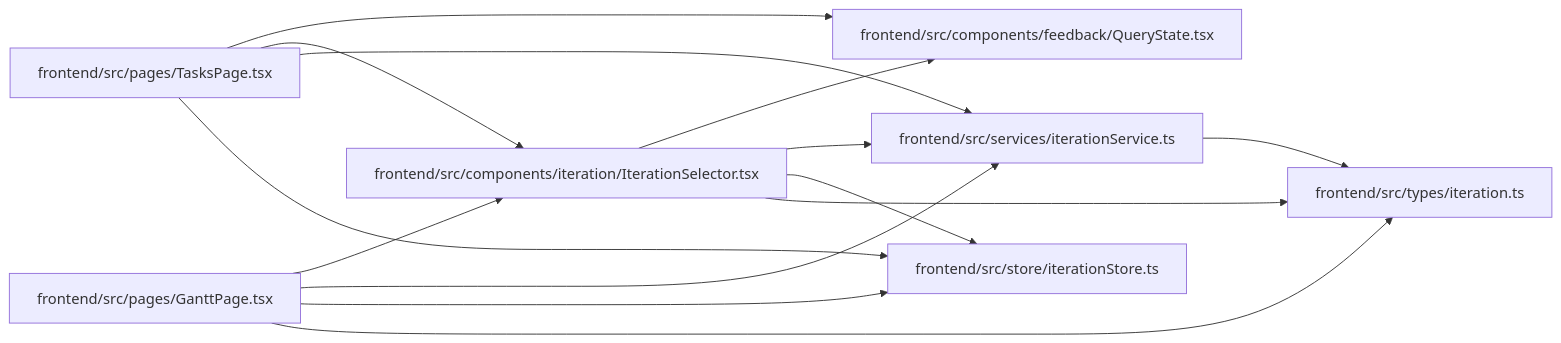
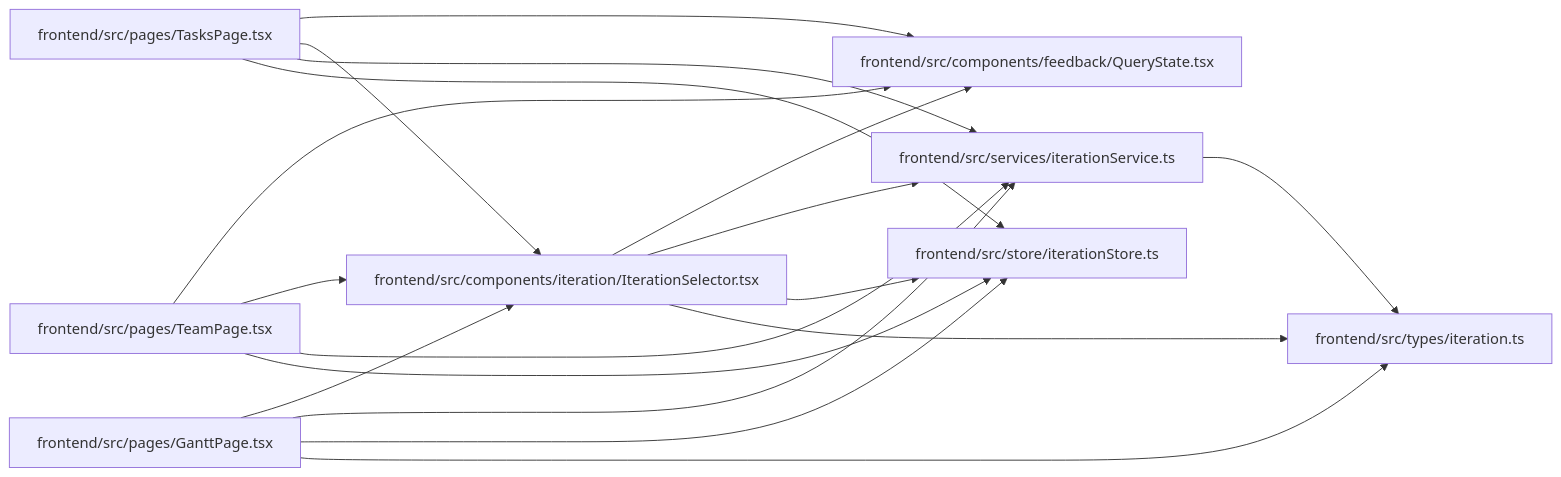
One commit to Denissvgn/WorkChord changed the diagram in docs/llm_wiki/modules/IterationSelector.md. Above: the diagram before and after it, drawn with Mermaid. The commit also changed other lines of this file and 434 other files, not shown here.

````diff
--- a/docs/llm_wiki/modules/IterationSelector.md
+++ b/docs/llm_wiki/modules/IterationSelector.md
@@ -33,30 +33,36 @@
 ```mermaid
 flowchart LR
     n0["frontend/src/components/feedback/QueryState.tsx"]
     n1["frontend/src/components/iteration/IterationSelector.tsx"]
     n2["frontend/src/pages/GanttPage.tsx"]
     n3["frontend/src/pages/TasksPage.tsx"]
-    n4["frontend/src/services/iterationService.ts"]
-    n5["frontend/src/store/iterationStore.ts"]
-    n6["frontend/src/types/iteration.ts"]
+    n4["frontend/src/pages/TeamPage.tsx"]
+    n5["frontend/src/services/iterationService.ts"]
+    n6["frontend/src/store/iterationStore.ts"]
+    n7["frontend/src/types/iteration.ts"]
     n1 --> n0
-    n1 --> n4
     n1 --> n5
     n1 --> n6
+    n1 --> n7
     n2 --> n1
-    n2 --> n4
     n2 --> n5
     n2 --> n6
+    n2 --> n7
     n3 --> n0
     n3 --> n1
-    n3 --> n4
     n3 --> n5
+    n3 --> n6
+    n4 --> n0
+    n4 --> n1
+    n4 --> n5
     n4 --> n6
+    n5 --> n7
     click n0 "../modules/QueryState.md"
     click n1 "../modules/IterationSelector.md"
     click n2 "../modules/GanttPage.md"
     click n3 "../modules/TasksPage.md"
-    click n4 "../modules/iterationService.md"
-    click n5 "../modules/iterationStore.md"
-    click n6 "../modules/types_iteration.md"
+    click n4 "../modules/TeamPage.md"
+    click n5 "../modules/iterationService.md"
+    click n6 "../modules/iterationStore.md"
+    click n7 "../modules/types_iteration.md"
 ```
````
